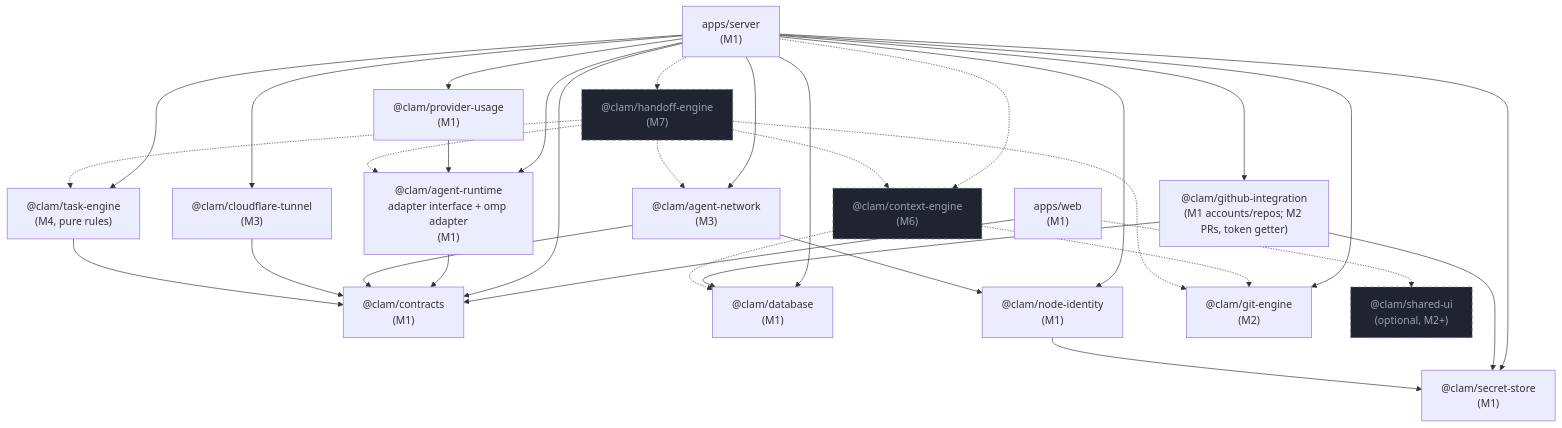
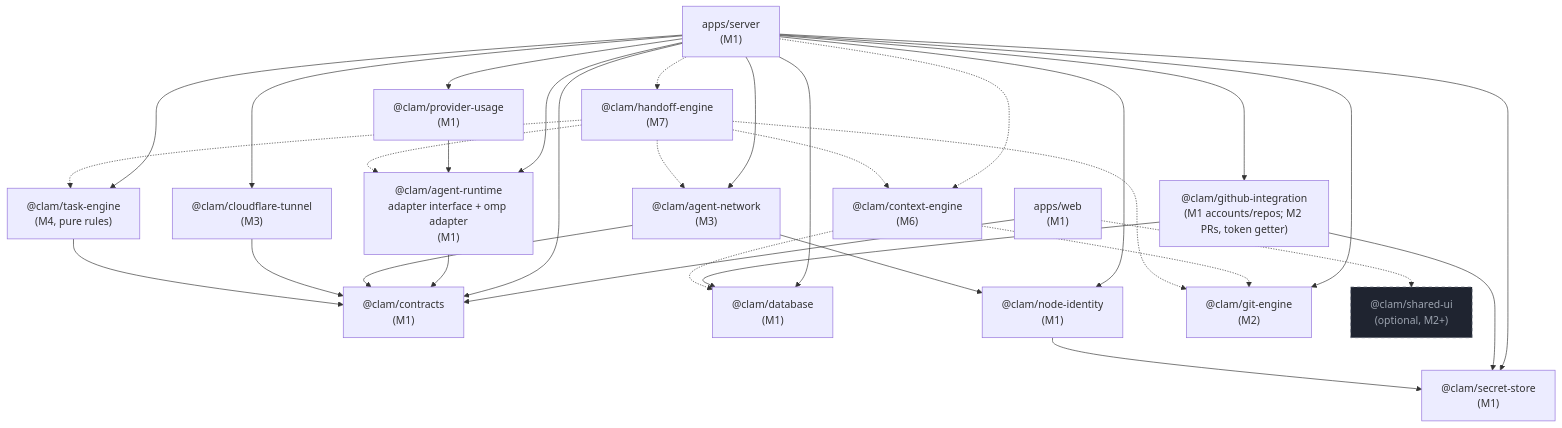
One commit to CongLe-FinX/clam changed the second of 9 diagrams in docs/architecture.md. Above: the diagram before and after it, drawn with Mermaid. The commit also changed other lines of this file and 499 other files, not shown here.

````diff
--- a/docs/architecture.md
+++ b/docs/architecture.md
@@ -124,58 +126,58 @@
 ```mermaid
 flowchart TD
   web["apps/web\n(M1)"]
   server["apps/server\n(M1)"]
 
   contracts["@clam/contracts\n(M1)"]
   database["@clam/database\n(M1)"]
   nodeid["@clam/node-identity\n(M1)"]
   secrets["@clam/secret-store\n(M1)"]
   runtime["@clam/agent-runtime\nadapter interface + omp adapter\n(M1)"]
   ghint["@clam/github-integration\n(M1 accounts/repos; M2 PRs, token getter)"]
   usage["@clam/provider-usage\n(M1)"]
 
   network["@clam/agent-network\n(M3)"]
   tunnel["@clam/cloudflare-tunnel\n(M3)"]
   tasks["@clam/task-engine\n(M4, pure rules)"]
   gitengine["@clam/git-engine\n(M2)"]
   ctxengine["@clam/context-engine\n(M6)"]
   handoff["@clam/handoff-engine\n(M7)"]
   sharedui["@clam/shared-ui\n(optional, M2+)"]
 
   web --> contracts
   web -.-> sharedui
   server --> contracts
   server --> database
   server --> nodeid
   server --> secrets
   server --> runtime
   server --> ghint
   server --> usage
   server --> network
   server --> tunnel
   server --> tasks
   server -.-> ctxengine
   server -.-> handoff
   server --> gitengine
 
   ghint --> secrets
   ghint --> database
   nodeid --> secrets
   usage --> runtime
   runtime --> contracts
 
   network --> nodeid
   network --> contracts
   tunnel --> contracts
   tasks --> contracts
   ctxengine -.-> gitengine
   ctxengine -.-> database
   handoff -.-> tasks
   handoff -.-> ctxengine
   handoff -.-> gitengine
   handoff -.-> network
   handoff -.-> runtime
 
   classDef planned stroke-dasharray: 5 5,fill:#1f2430,stroke:#6b7280,color:#9ca3af;
-  class ctxengine,handoff,sharedui planned;
+  class sharedui planned;
 ```
````
